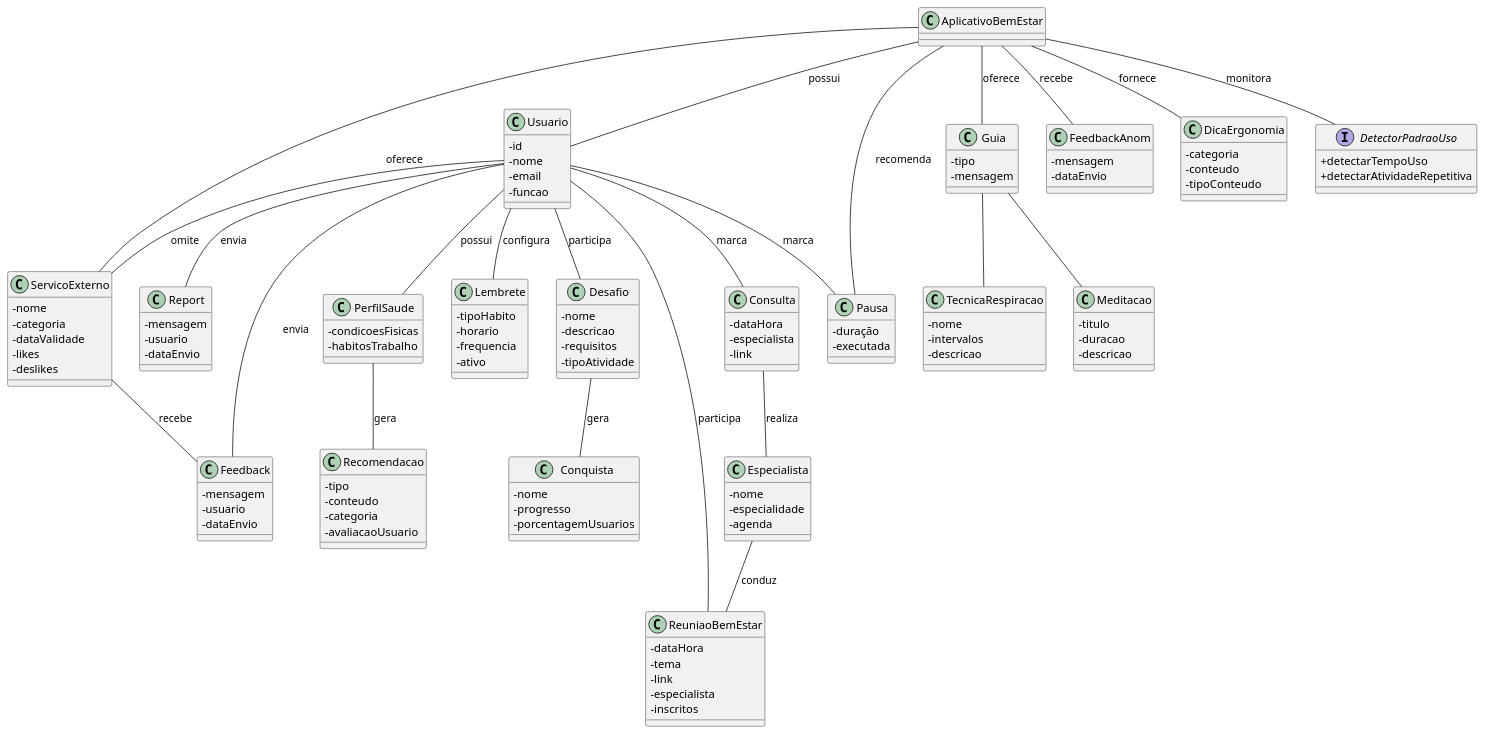
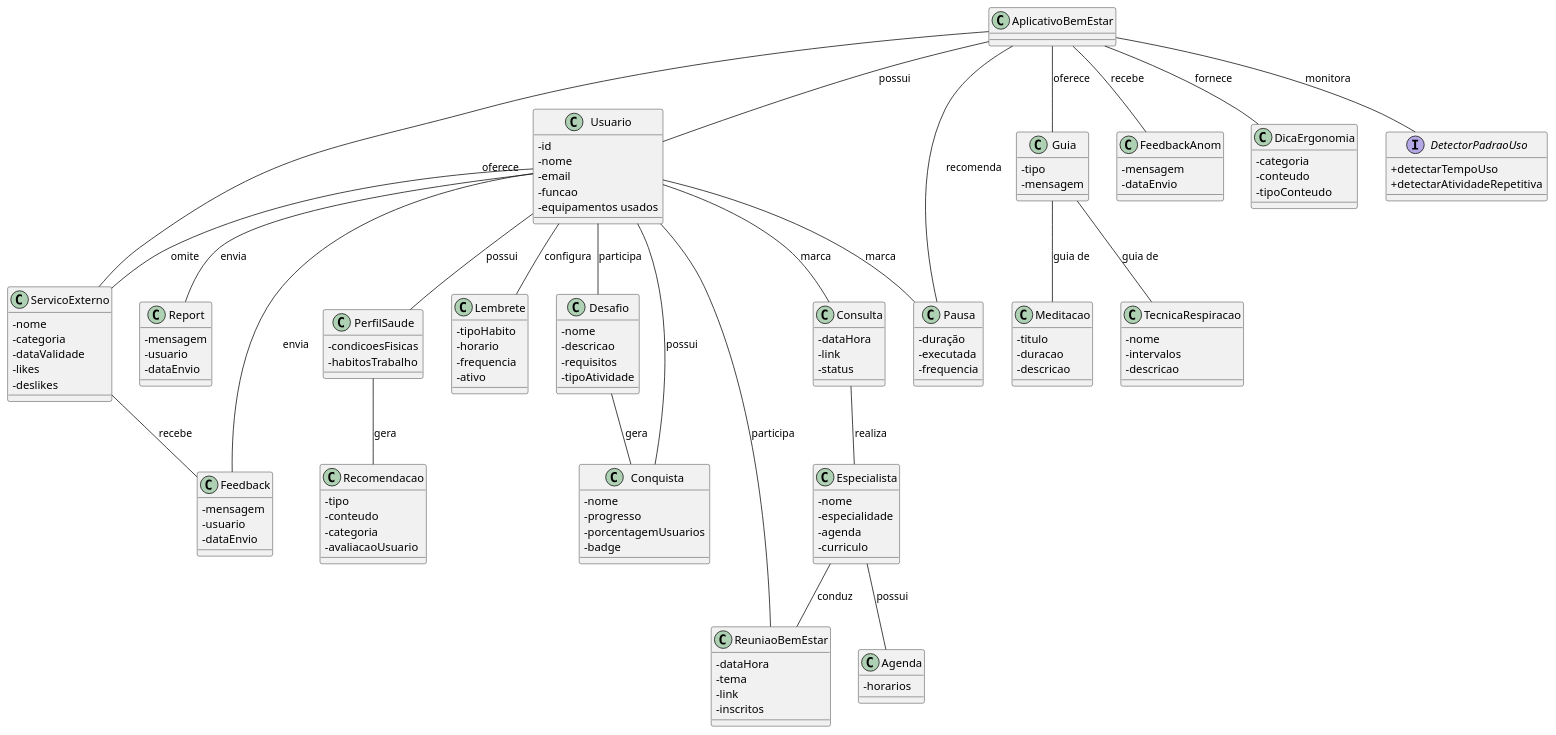
One commit to gilmarUFG/rs_es_20251_g2 changed the diagram in trabalho_final/modelos_uml/classes_analise.plantuml. Above: the diagram before and after it, drawn with PlantUML.

```diff
--- a/trabalho_final/modelos_uml/classes_analise.plantuml
+++ b/trabalho_final/modelos_uml/classes_analise.plantuml
@@ -1,154 +1,163 @@
 @startuml
 ' Diagrama de classes g2
 skinparam classAttributeIconSize 0
 
 class AplicativoBemEstar
 
 class Usuario {
     -id
     -nome
     -email
     -funcao
+    -equipamentos usados
+}
+
+class Agenda {
+    -horarios
 }
 
 class Guia {
     -tipo
     -mensagem
 }
 
 class Meditacao {
     -titulo
     -duracao
     -descricao
 }
 
 class TecnicaRespiracao {
     -nome
     -intervalos
     -descricao
 }
 
 class ServicoExterno {
     -nome
     -categoria
     -dataValidade
     -likes
     -deslikes
 }
 
 class Especialista {
     -nome
     -especialidade
     -agenda
+    -curriculo
 }
 
 class Consulta {
     -dataHora
-    -especialista
     -link
+    -status
 }
 
 class Feedback {
     -mensagem
     -usuario
     -dataEnvio
 }
 
 class Report {
     -mensagem
     -usuario
     -dataEnvio
 }
 
 class FeedbackAnom {
     -mensagem
     -dataEnvio
 }
 
 class Pausa {
     -duração
     -executada
+    -frequencia
 }
 
 class PerfilSaude {
     -condicoesFisicas
     -habitosTrabalho
 }
 
 class Recomendacao {
     -tipo
     -conteudo
     -categoria
     -avaliacaoUsuario
 }
 
 class DicaErgonomia {
     -categoria
     -conteudo
     -tipoConteudo
 }
 
 class Lembrete {
     -tipoHabito
     -horario
     -frequencia
     -ativo
 }
 
 class ReuniaoBemEstar {
     -dataHora
     -tema
     -link
-    -especialista
     -inscritos
 }
 
 class Desafio {
     -nome
     -descricao
     -requisitos
     -tipoAtividade
 }
 
 class Conquista {
     -nome
     -progresso
     -porcentagemUsuarios
+    -badge
 }
 
 interface DetectorPadraoUso {
     +detectarTempoUso
     +detectarAtividadeRepetitiva
 }
 
 AplicativoBemEstar  --  DetectorPadraoUso : monitora
 AplicativoBemEstar  --  Usuario : possui
 AplicativoBemEstar  --  ServicoExterno : oferece
 AplicativoBemEstar  --  Guia : oferece
 AplicativoBemEstar  --  FeedbackAnom :recebe
 AplicativoBemEstar  --  Pausa :recomenda
 AplicativoBemEstar -- DicaErgonomia : fornece
 
 Usuario  --  Consulta : marca
 Usuario -- Feedback : envia
 Usuario  --  Pausa : marca
 Usuario  --  Report : envia
 Usuario  --  ServicoExterno : omite
 Usuario -- PerfilSaude : possui
 Usuario -- Lembrete : configura
 Usuario -- ReuniaoBemEstar : participa
 Usuario -- Desafio : participa
+Usuario -- Conquista : possui
 
 Consulta  --  Especialista : realiza
 
-Guia -- Meditacao 
-Guia -- TecnicaRespiracao
+Guia -- Meditacao : guia de
+Guia -- TecnicaRespiracao : guia de
 
 ServicoExterno -- Feedback : recebe
 
 Especialista -- ReuniaoBemEstar : conduz
+Especialista -- Agenda : possui
 
 Desafio -- Conquista : gera
 
 PerfilSaude -- Recomendacao : gera
 @enduml
```
